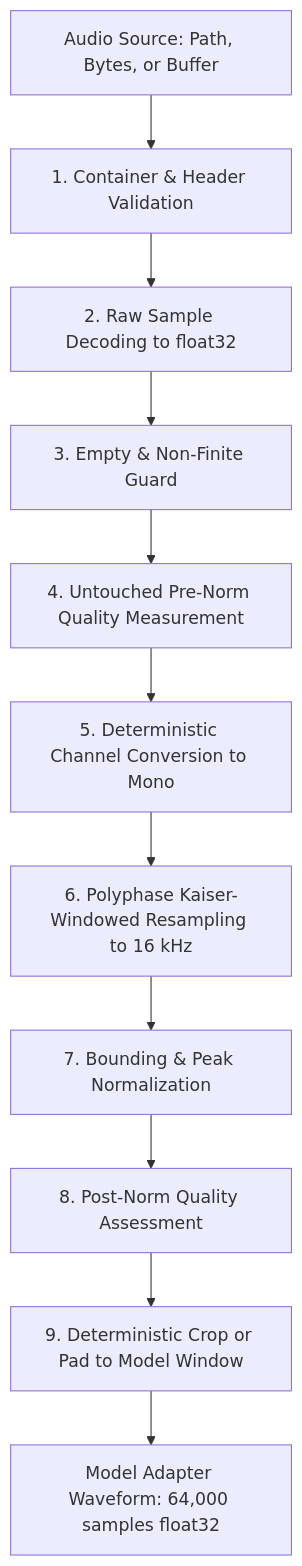
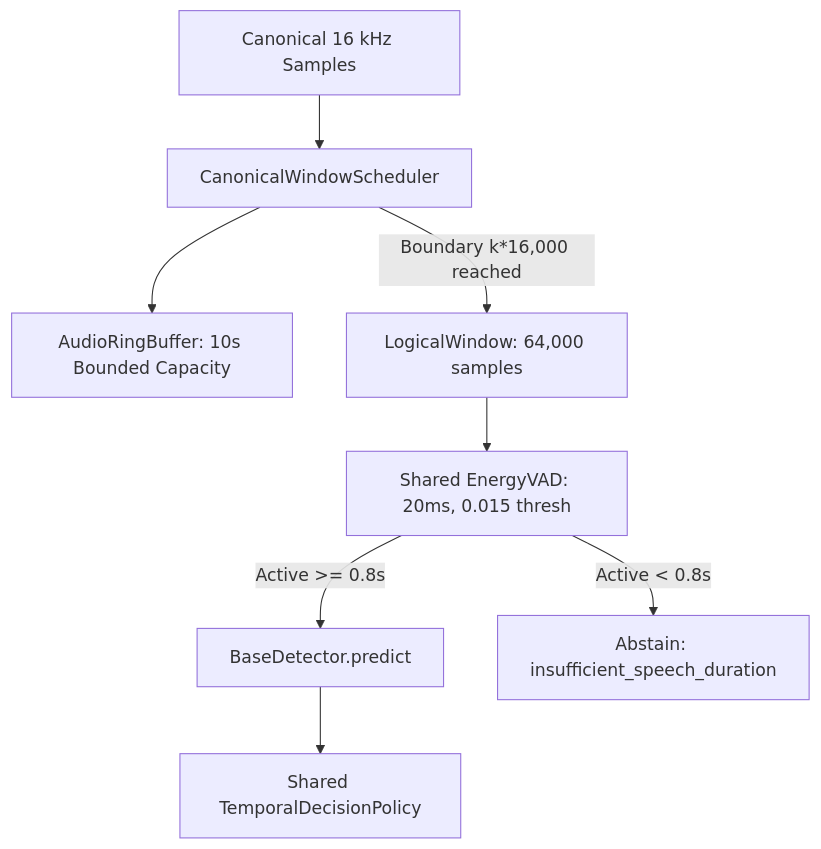
The second of 2 diagrams in docs/audio_contract.md (ABHIGYA0205/voiceDetection), drawn with Mermaid before and after one commit. The commit also changed other lines of this file and 13 other files, not shown here.

````diff
--- a/docs/audio_contract.md
+++ b/docs/audio_contract.md
@@ -18,13 +58,10 @@
 ```mermaid
 flowchart TD
-    IN[Audio Source: Path, Bytes, or Buffer] --> STEP1[1. Container & Header Validation]
-    STEP1 --> STEP2[2. Raw Sample Decoding to float32]
-    STEP2 --> STEP3[3. Empty & Non-Finite Guard]
-    STEP3 --> STEP4[4. Untouched Pre-Norm Quality Measurement]
-    STEP4 --> STEP5[5. Deterministic Channel Conversion to Mono]
-    STEP5 --> STEP6[6. Polyphase Kaiser-Windowed Resampling to 16 kHz]
-    STEP6 --> STEP7[7. Bounding & Peak Normalization]
-    STEP7 --> STEP8[8. Post-Norm Quality Assessment]
-    STEP8 --> STEP9[9. Deterministic Crop or Pad to Model Window]
-    STEP9 --> OUT[Model Adapter Waveform: 64,000 samples float32]
+    IN[Canonical 16 kHz Samples] --> SCHED[CanonicalWindowScheduler]
+    SCHED --> RB[AudioRingBuffer: 10s Bounded Capacity]
+    SCHED -->|Boundary k*16,000 reached| WIN[LogicalWindow: 64,000 samples]
+    WIN --> VAD[Shared EnergyVAD: 20ms, 0.015 thresh]
+    VAD -->|Active >= 0.8s| DET[BaseDetector.predict]
+    VAD -->|Active < 0.8s| ABSTAIN[Abstain: insufficient_speech_duration]
+    DET --> POL[Shared TemporalDecisionPolicy]
 ```
````
